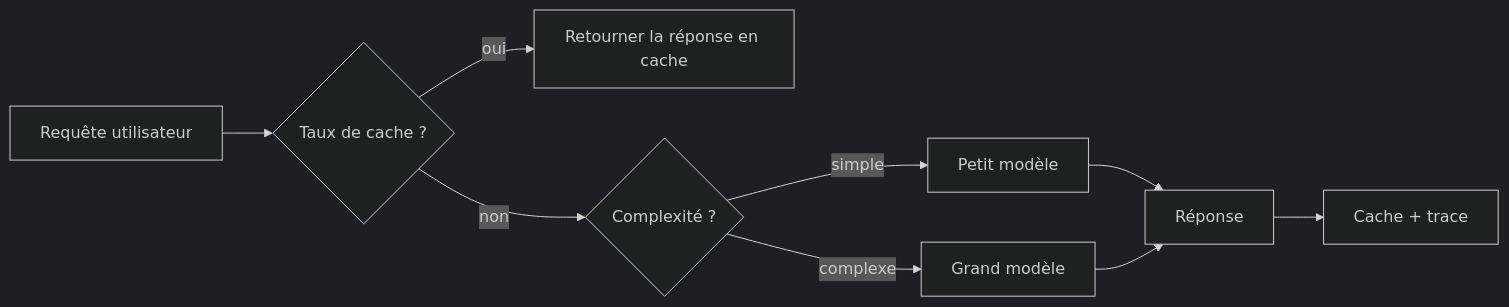
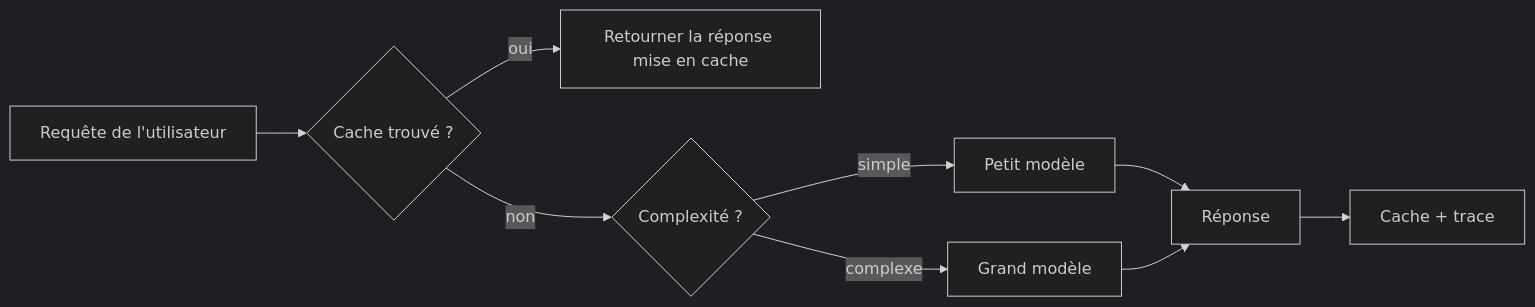
The third of 4 diagrams in mirrors/repos/microsoft@ai-agents-for-beginners/translations/fr/16-deploying-scalable-agents/README.md (gabrielmoreira/agent-skills-mirror), drawn with Mermaid (dark theme) before and after one commit. The commit also changed other lines of this file and 3581 other files, not shown here.

````diff
--- a/mirrors/repos/microsoft@ai-agents-for-beginners/translations/fr/16-deploying-scalable-agents/README.md
+++ b/mirrors/repos/microsoft@ai-agents-for-beginners/translations/fr/16-deploying-scalable-agents/README.md
@@ -134,11 +134,11 @@
 ```mermaid
 flowchart LR
-    Q[Requête utilisateur] --> C{Taux de cache ?}
-    C -->|oui| R[Retourner la réponse en cache]
+    Q[Requête de l'utilisateur] --> C{Cache trouvé ?}
+    C -->|oui| R[Retourner la réponse mise en cache]
     C -->|non| Router{Complexité ?}
     Router -->|simple| SLM[Petit modèle]
     Router -->|complexe| LLM[Grand modèle]
     SLM --> Out[Réponse]
     LLM --> Out
     Out --> Store[Cache + trace]
 ```
````
